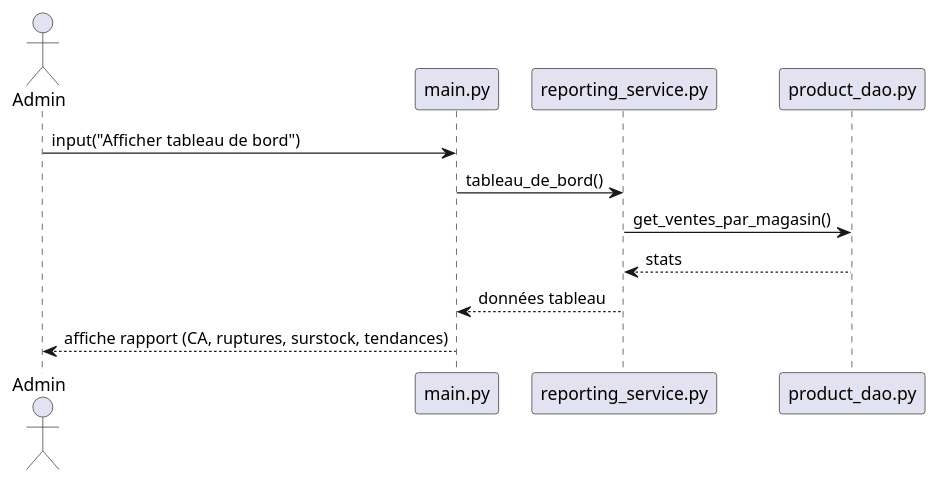
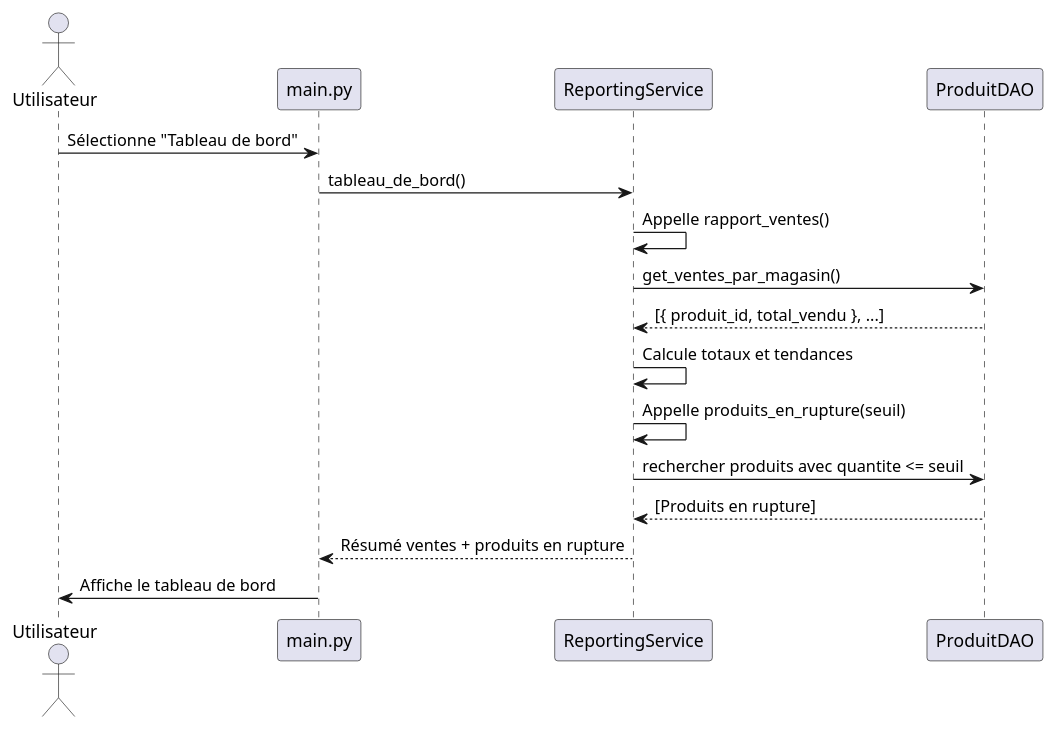
The diagram in docs/UML/sequence_diagrams/tableau_de_bord.puml (Ludo67/LOG430-Lab0), drawn with PlantUML before and after one commit. The commit also changed 38 other files, not shown here.

```diff
--- a/docs/UML/sequence_diagrams/tableau_de_bord.puml
+++ b/docs/UML/sequence_diagrams/tableau_de_bord.puml
@@ -1,13 +1,21 @@
 @startuml sequence_diagram_tableau_bord
-actor Admin
-participant "main.py" as Main
-participant "reporting_service.py" as Reporting
-participant "product_dao.py" as DAO
+actor Utilisateur
+participant "main.py" as UI
+participant "ReportingService" as Reporting
+participant "ProduitDAO" as DAO
 
-Admin -> Main : input("Afficher tableau de bord")
-Main -> Reporting : tableau_de_bord()
+Utilisateur -> UI : Sélectionne "Tableau de bord"
+UI -> Reporting : tableau_de_bord()
+Reporting -> Reporting : Appelle rapport_ventes()
 Reporting -> DAO : get_ventes_par_magasin()
-DAO --> Reporting : stats
-Reporting --> Main : données tableau
-Main --> Admin : affiche rapport (CA, ruptures, surstock, tendances)
+DAO --> Reporting : [{ produit_id, total_vendu }, ...]
+Reporting -> Reporting : Calcule totaux et tendances
+
+Reporting -> Reporting : Appelle produits_en_rupture(seuil)
+Reporting -> DAO : rechercher produits avec quantite <= seuil
+DAO --> Reporting : [Produits en rupture]
+
+Reporting --> UI : Résumé ventes + produits en rupture
+UI -> Utilisateur : Affiche le tableau de bord
+
 @enduml
```
